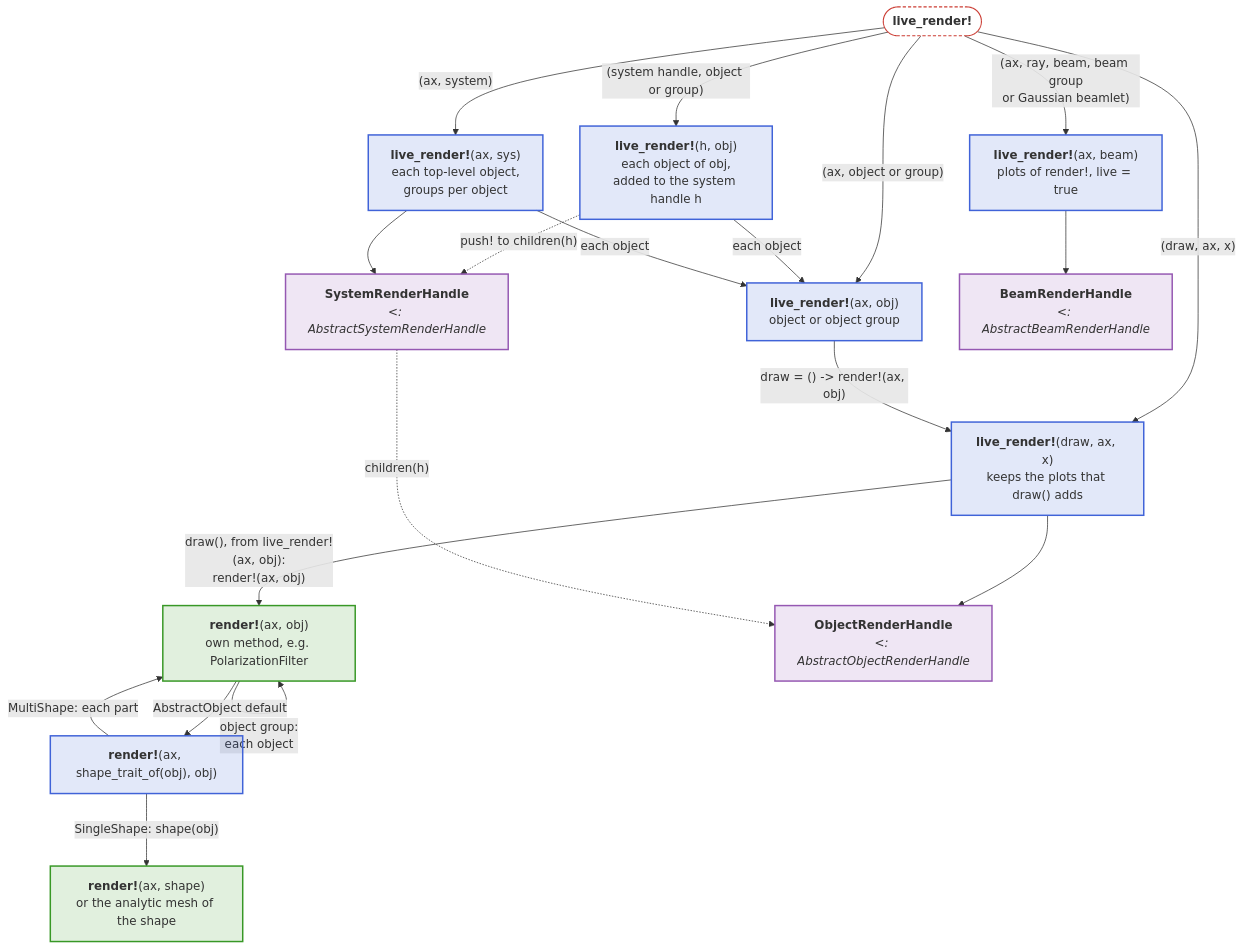
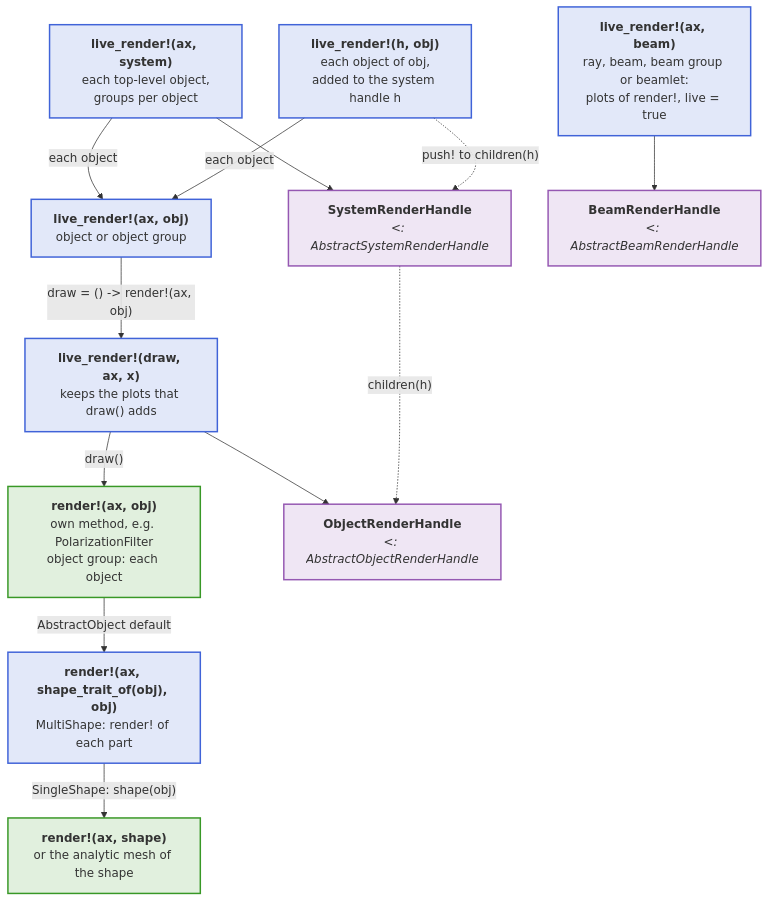
One commit to JuliaPhysics/BeamletOptics.jl changed the first of 3 diagrams in docs/src/api/rendering.md. Above: the diagram before and after it, drawn with Mermaid. The commit also changed other lines of this file and 8 other files, not shown here.

First line of the commit message:
Docs: diagrams narrow and colored by group, rules in "Readable diagrams"

````diff
--- a/docs/src/api/rendering.md
+++ b/docs/src/api/rendering.md
@@ -9,43 +9,33 @@
 ```mermaid
 flowchart TB
-    LR(["<b>live_render!</b>"])
-    S1["<b>live_render!</b>(ax, sys)<br/>each top-level object,<br/>groups per object"]
-    O1["<b>live_render!</b>(ax, obj)<br/>object or object group"]
-    S2["<b>live_render!</b>(h, obj)<br/>each object of obj,<br/>added to the system handle h"]
-    D["<b>live_render!</b>(draw, ax, x)<br/>keeps the plots that draw() adds"]
-    R["<b>render!</b>(ax, obj)<br/>own method, e.g. PolarizationFilter"]
-    TR["<b>render!</b>(ax, shape_trait_of(obj), obj)"]
-    SHP["<b>render!</b>(ax, shape)<br/>or the analytic mesh of the shape"]
-    B1["<b>live_render!</b>(ax, beam)<br/>plots of render!, live = true"]
+    S1["<b>live_render!(ax, system)</b><br/>each top-level object,<br/>groups per object"]
+    S2["<b>live_render!(h, obj)</b><br/>each object of obj,<br/>added to the system handle h"]
+    B1["<b>live_render!(ax, beam)</b><br/>ray, beam, beam group or beamlet:<br/>plots of render!, live = true"]
+    O1["<b>live_render!(ax, obj)</b><br/>object or object group"]
     SH["<b>SystemRenderHandle</b><br/><i>#lt;: AbstractSystemRenderHandle</i>"]
+    BH["<b>BeamRenderHandle</b><br/><i>#lt;: AbstractBeamRenderHandle</i>"]
+    D["<b>live_render!(draw, ax, x)</b><br/>keeps the plots that draw() adds"]
+    R["<b>render!(ax, obj)</b><br/>own method, e.g. PolarizationFilter<br/>object group: each object"]
     OH["<b>ObjectRenderHandle</b><br/><i>#lt;: AbstractObjectRenderHandle</i>"]
-    BH["<b>BeamRenderHandle</b><br/><i>#lt;: AbstractBeamRenderHandle</i>"]
+    TR["<b>render!(ax, shape_trait_of(obj), obj)</b><br/>MultiShape: render! of each part"]
+    SHP["<b>render!(ax, shape)</b><br/>or the analytic mesh of the shape"]
 
-    LR -- "(ax, system)" --> S1
-    LR -- "(ax, object or group)" --> O1
-    LR -- "(system handle, object or group)" --> S2
+    S1 -- "each object" --> O1
     S2 -- "each object" --> O1
+    S1 --> SH
     S2 -. "push! to children(h)" .-> SH
-    LR -- "(draw, ax, x)" --> D
-    LR -- "(ax, ray, beam, beam group<br/>or Gaussian beamlet)" --> B1
-    S1 -- "each object" --> O1
+    B1 --> BH
     O1 -- "draw = () -> render!(ax, obj)" --> D
-    D -- "draw(), from live_render!(ax, obj):<br/>render!(ax, obj)" --> R
-    R -- "object group:<br/>each object" --> R
+    D -- "draw()" --> R
+    D --> OH
+    SH -. "children(h)" .-> OH
     R -- "AbstractObject default" --> TR
     TR -- "SingleShape: shape(obj)" --> SHP
-    TR -- "MultiShape: each part" --> R
-    D --> OH
-    S1 --> SH
-    SH -. "children(h)" .-> OH
-    B1 --> BH
 
     classDef blue fill:#4063D826,stroke:#4063D8,stroke-width:2px
     classDef green fill:#38982626,stroke:#389826,stroke-width:2px
     classDef purple fill:#9558B226,stroke:#9558B2,stroke-width:2px
-    classDef terminal fill:transparent,stroke:#CB3C33,stroke-width:1.5px,stroke-dasharray:4 3
     class S1,S2,O1,D,B1,TR blue
     class R,SHP green
     class SH,OH,BH purple
-    class LR terminal
 ```
````
